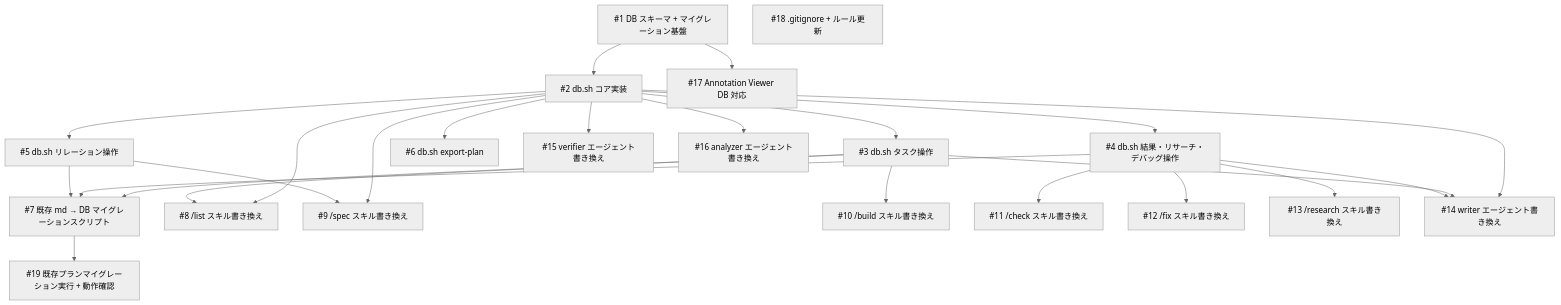
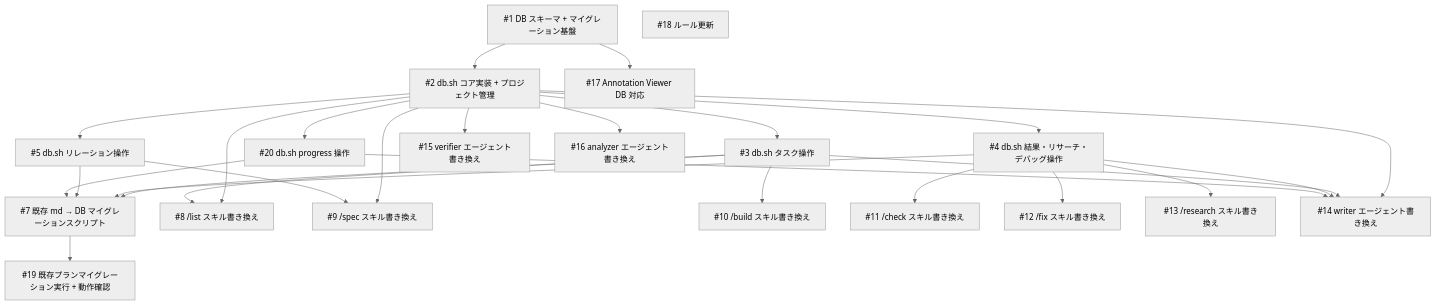
The fourth of 4 diagrams in docs/plans/sqlite-plan-storage/plan.md (884js/spec-driven-dev), drawn with Mermaid (neutral theme) before and after one commit. The commit also changed other lines of this file and 1 other file, not shown here.

````diff
--- a/docs/plans/sqlite-plan-storage/plan.md
+++ b/docs/plans/sqlite-plan-storage/plan.md
@@ -335,27 +481,29 @@
 ```mermaid
 graph TD
-    T1["#1 DB スキーマ + マイグレーション基盤"] --> T2["#2 db.sh コア実装"]
+    T1["#1 DB スキーマ + マイグレーション基盤"] --> T2["#2 db.sh コア実装 + プロジェクト管理"]
     T2 --> T3["#3 db.sh タスク操作"]
     T2 --> T4["#4 db.sh 結果・リサーチ・デバッグ操作"]
     T2 --> T5["#5 db.sh リレーション操作"]
-    T2 --> T6["#6 db.sh export-plan"]
+    T2 --> T20["#20 db.sh progress 操作"]
     T1 --> T17["#17 Annotation Viewer DB 対応"]
     T3 --> T7["#7 既存 md → DB マイグレーションスクリプト"]
     T4 --> T7
     T5 --> T7
+    T20 --> T7
     T2 --> T8["#8 /list スキル書き換え"]
     T3 --> T8
     T2 --> T9["#9 /spec スキル書き換え"]
     T5 --> T9
     T3 --> T10["#10 /build スキル書き換え"]
     T4 --> T11["#11 /check スキル書き換え"]
     T4 --> T12["#12 /fix スキル書き換え"]
     T4 --> T13["#13 /research スキル書き換え"]
     T2 --> T14["#14 writer エージェント書き換え"]
     T3 --> T14
     T4 --> T14
+    T20 --> T14
     T2 --> T15["#15 verifier エージェント書き換え"]
     T2 --> T16["#16 analyzer エージェント書き換え"]
-    T18["#18 .gitignore + ルール更新"]
+    T18["#18 ルール更新"]
     T7 --> T19["#19 既存プランマイグレーション実行 + 動作確認"]
 ```
````
